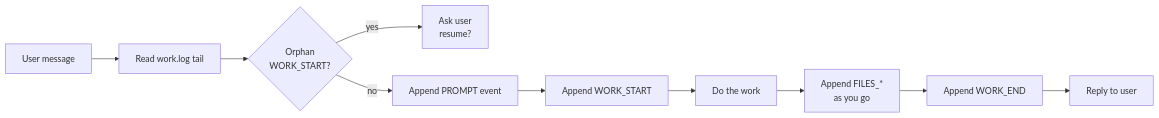
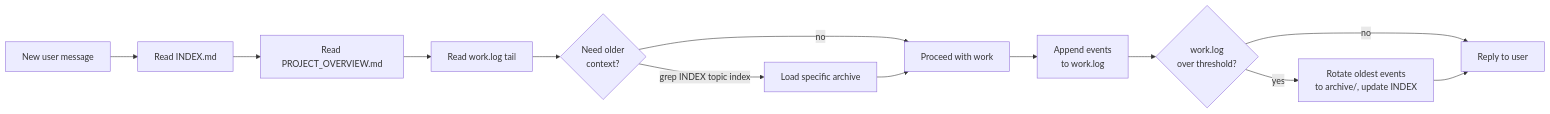
Before and after one commit to daystar7777/agent-work-mem: the first of 2 diagrams in README.md, drawn with Mermaid. The commit also changed other lines of this file and 5 other files, not shown here.

First line of the commit message:
v2: Tiered storage + INDEX.md + PROJECT_OVERVIEW.md + upgrade path

````diff
--- a/README.md
+++ b/README.md
@@ -42,12 +50,15 @@
 ```mermaid
 flowchart LR
-    A[User message] --> B[Read work.log tail]
-    B --> C{Orphan<br/>WORK_START?}
-    C -->|yes| D[Ask user<br/>resume?]
-    C -->|no| E[Append PROMPT event]
-    E --> F[Append WORK_START]
-    F --> G[Do the work]
-    G --> H[Append FILES_*<br/>as you go]
-    H --> I[Append WORK_END]
-    I --> J[Reply to user]
+    A[New user message] --> B[Read INDEX.md]
+    B --> C[Read PROJECT_OVERVIEW.md]
+    C --> D[Read work.log tail]
+    D --> E{Need older<br/>context?}
+    E -->|grep INDEX topic index| F[Load specific archive]
+    E -->|no| G[Proceed with work]
+    F --> G
+    G --> H[Append events<br/>to work.log]
+    H --> I{work.log<br/>over threshold?}
+    I -->|yes| J[Rotate oldest events<br/>to archive/, update INDEX]
+    I -->|no| K[Reply to user]
+    J --> K
 ```
````
